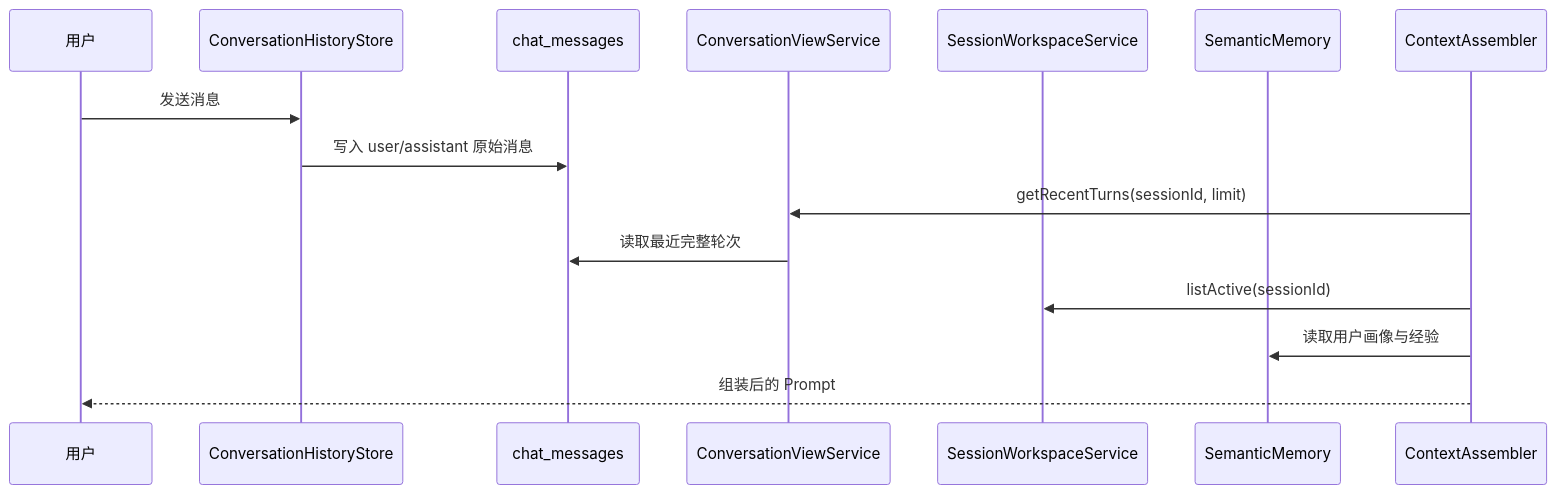
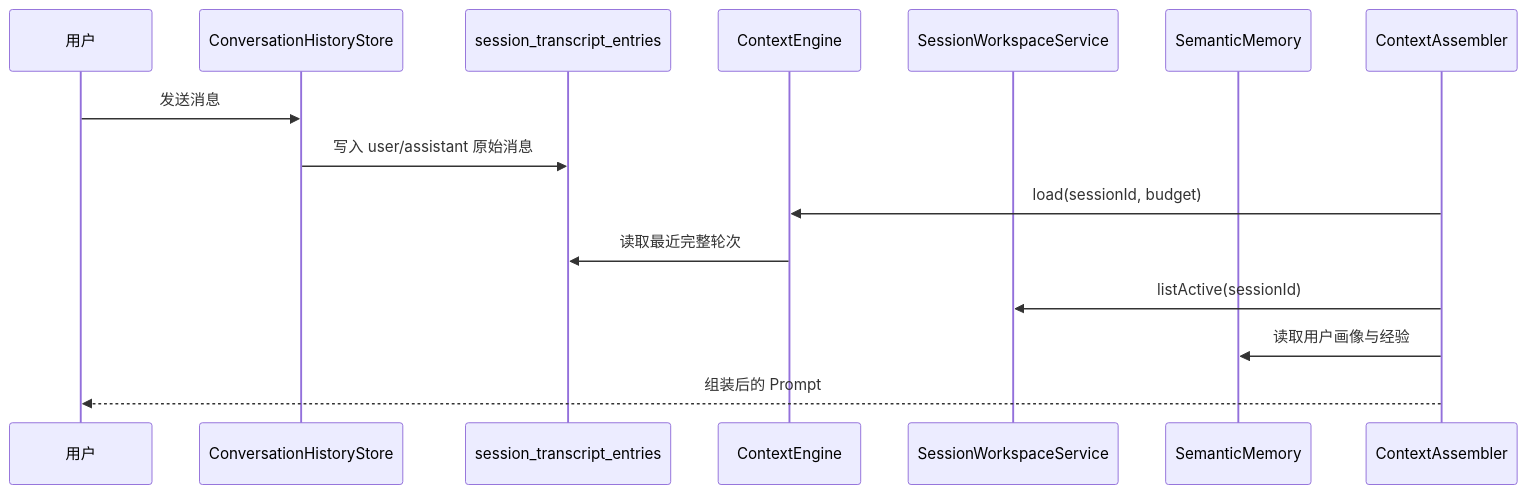
The second of 4 diagrams in docs/architecture/memory-system.md (ntygod/LifePilot), drawn with Mermaid before and after one commit. The commit also changed other lines of this file and 576 other files, not shown here.

````diff
--- a/docs/architecture/memory-system.md
+++ b/docs/architecture/memory-system.md
@@ -162,18 +162,18 @@
 ```mermaid
 sequenceDiagram
     participant U as 用户
     participant CHS as ConversationHistoryStore
-    participant DB as chat_messages
-    participant CVS as ConversationViewService
+    participant DB as session_transcript_entries
+    participant CE as ContextEngine
     participant SWS as SessionWorkspaceService
     participant SM as SemanticMemory
     participant CA as ContextAssembler
 
     U->>CHS: 发送消息
     CHS->>DB: 写入 user/assistant 原始消息
-    CA->>CVS: getRecentTurns(sessionId, limit)
-    CVS->>DB: 读取最近完整轮次
+    CA->>CE: load(sessionId, budget)
+    CE->>DB: 读取最近完整轮次
     CA->>SWS: listActive(sessionId)
     CA->>SM: 读取用户画像与经验
     CA-->>U: 组装后的 Prompt
 ```
````
